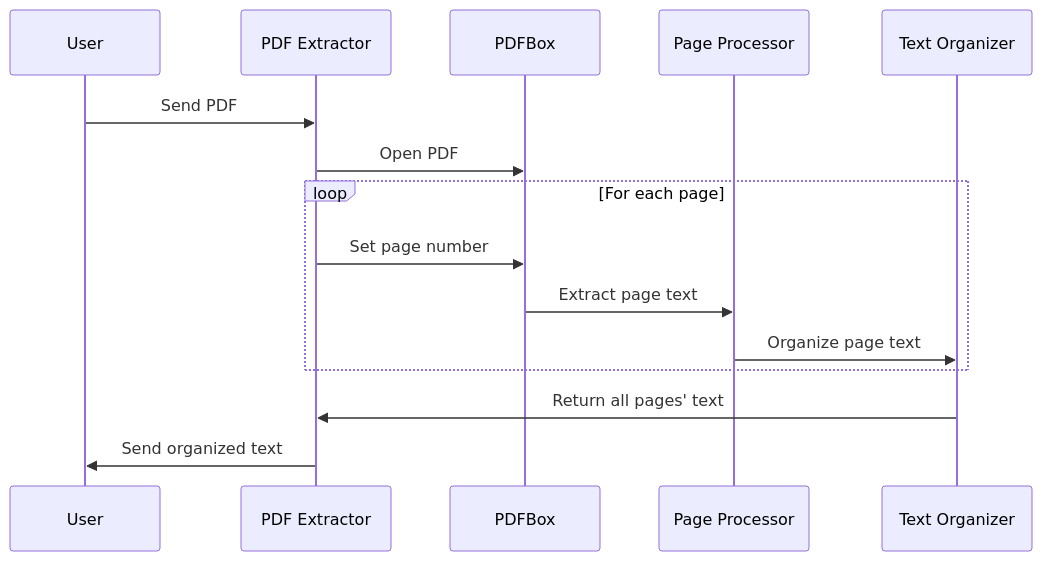
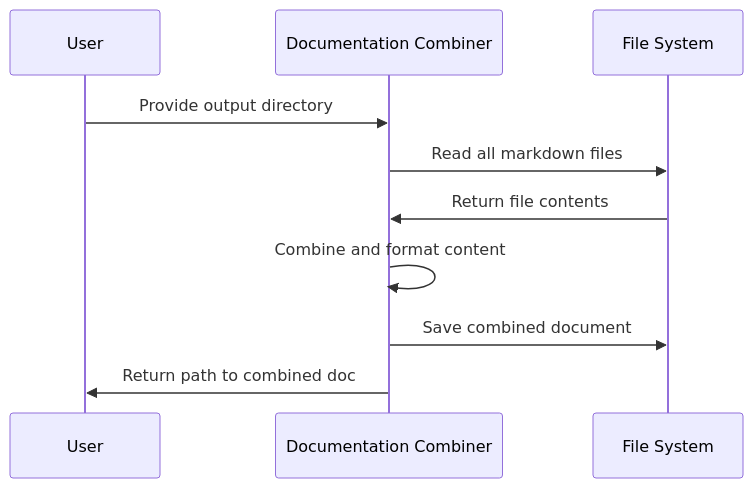
One commit to dygavieta/NewRepo changed the eighth of 9 diagrams in README.md. Above: the diagram before and after it, drawn with Mermaid. The commit also changed other lines of this file, not shown here.

````diff
--- a/README.md
+++ b/README.md
@@ -450,17 +659,12 @@
 ```mermaid
 sequenceDiagram
     participant User
-    participant App as PDF Extractor
-    participant PDFBox
-    participant Page as Page Processor
-    participant Text as Text Organizer
-    User->>App: Send PDF
-    App->>PDFBox: Open PDF
-    loop For each page
-        App->>PDFBox: Set page number
-        PDFBox->>Page: Extract page text
-        Page->>Text: Organize page text
-    end
-    Text->>App: Return all pages' text
-    App->>User: Send organized text
+    participant DC as Documentation Combiner
+    participant FS as File System
+    User->>DC: Provide output directory
+    DC->>FS: Read all markdown files
+    FS->>DC: Return file contents
+    DC->>DC: Combine and format content
+    DC->>FS: Save combined document
+    DC->>User: Return path to combined doc
 ```
````
